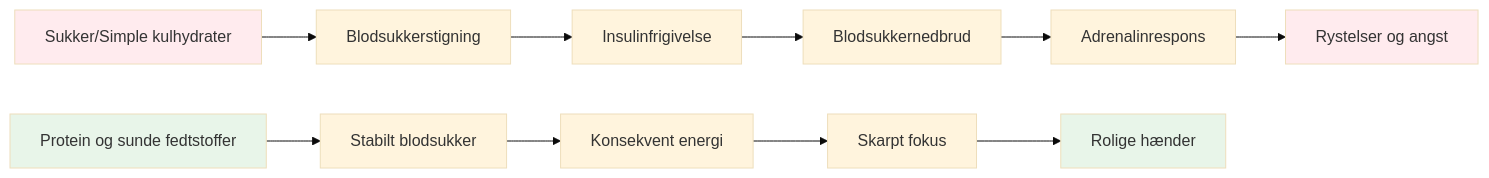
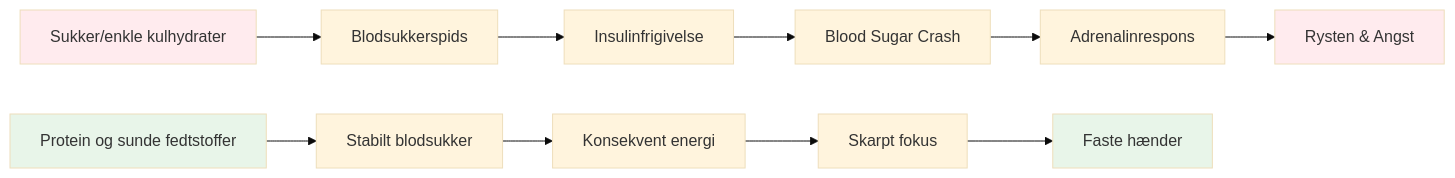
One commit to patwii/petanque-academy changed the diagram in docs/da/education/nutrition/index.md. Above: the diagram before and after it, drawn with Mermaid (base theme). The commit also changed other lines of this file and 7 other files, not shown here.

````diff
--- a/docs/da/education/nutrition/index.md
+++ b/docs/da/education/nutrition/index.md
@@ -9,18 +9,18 @@
 ```mermaid
 graph LR
-    A[Sukker/Simple kulhydrater] --> B[Blodsukkerstigning]
+    A[Sukker/enkle kulhydrater] --> B[Blodsukkerspids]
     B --> C[Insulinfrigivelse]
-    C --> D[Blodsukkernedbrud]
+    C --> D[Blood Sugar Crash]
     D --> E[Adrenalinrespons]
-    E --> F[Rystelser og angst]
+    E --> F[Rysten & Angst]
 
     G[Protein og sunde fedtstoffer] --> H[Stabilt blodsukker]
     H --> I[Konsekvent energi]
     I --> J[Skarpt fokus]
-    J --> K[Rolige hænder]
+    J --> K[Faste hænder]
 
     style A fill:#ffebee
     style F fill:#ffebee
     style G fill:#e8f5e9
     style K fill:#e8f5e9
 ```
````
